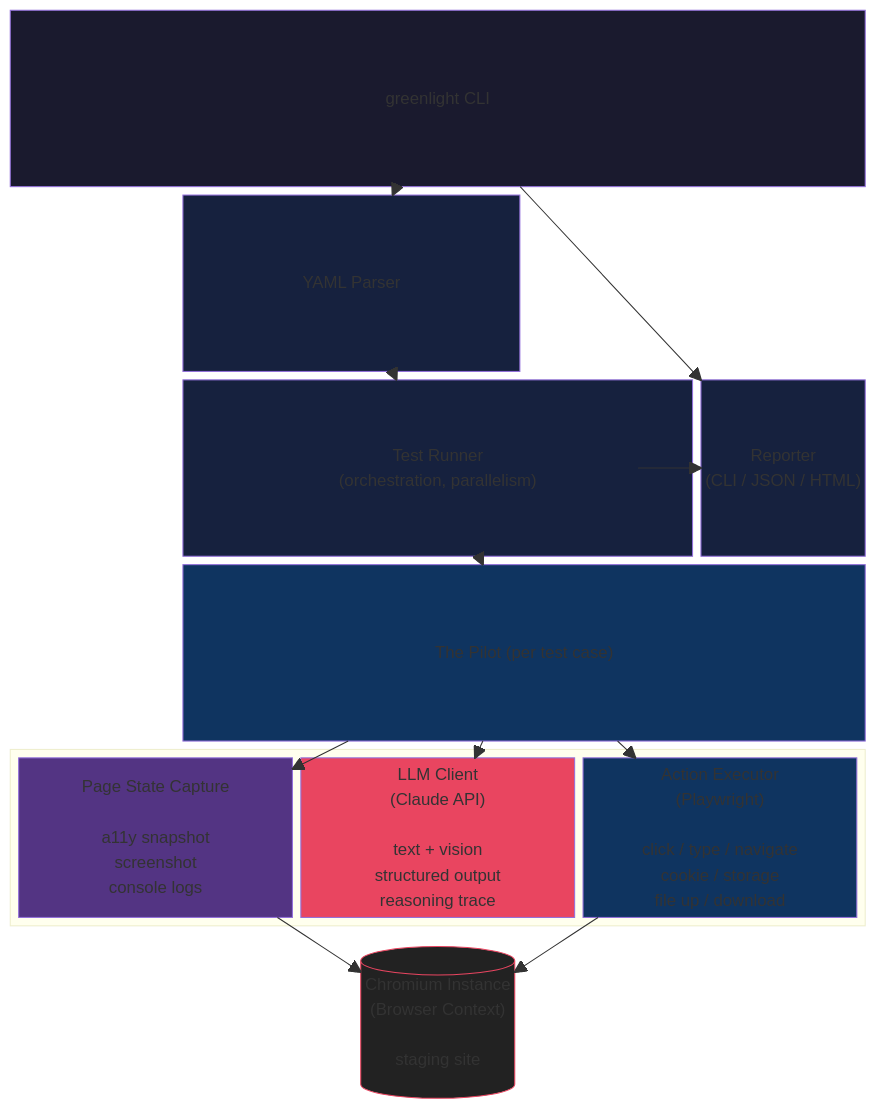
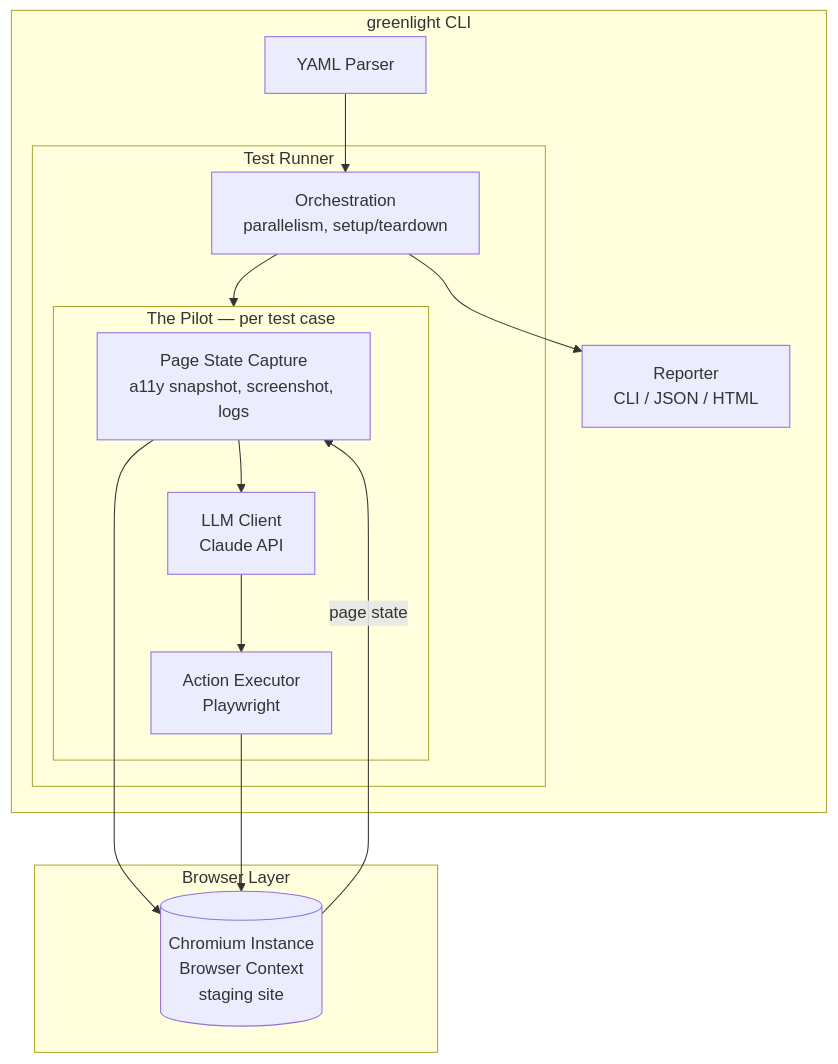
One commit to casvanluijtelaar/GreenLight changed the second of 2 diagrams in docs/specifications.md. Above: the diagram before and after it, drawn with Mermaid. The commit also changed other lines of this file and 1 other file, not shown here.

Commit message:
better diagrams

````diff
--- a/docs/specifications.md
+++ b/docs/specifications.md
@@ -417,41 +408,30 @@
 ```mermaid
-block-beta
-  columns 5
+flowchart TD
+    subgraph cli[greenlight CLI]
+        yaml[YAML Parser]
+        reporter[Reporter<br/>CLI / JSON / HTML]
 
-  cli["greenlight CLI"]:5
+        subgraph runner[Test Runner]
+            orchestrator[Orchestration<br/>parallelism, setup/teardown]
 
-  space yaml["YAML Parser"]:2 space:2
-  space runner["Test Runner\n(orchestration, parallelism)"]:3 reporter["Reporter\n(CLI / JSON / HTML)"]
+            subgraph pilot[The Pilot — per test case]
+                state[Page State Capture<br/>a11y snapshot, screenshot, logs]
+                llm[LLM Client<br/>Claude API]
+                executor[Action Executor<br/>Playwright]
+            end
+        end
+    end
 
-  space pilot["The Pilot (per test case)"]:4
+    subgraph browser[Browser Layer]
+        chromium[(Chromium Instance<br/>Browser Context<br/>staging site)]
+    end
 
-  block:pilotInternals:5
-    columns 3
-    capture["Page State Capture\n\na11y snapshot\nscreenshot\nconsole logs"]
-    llm["LLM Client\n(Claude API)\n\ntext + vision\nstructured output\nreasoning trace"]
-    executor["Action Executor\n(Playwright)\n\nclick / type / navigate\ncookie / storage\nfile up / download"]
-  end
-
-  space chromium[("Chromium Instance\n(Browser Context)\n\nstaging site")]:3 space
-
-  cli --> yaml
-  cli --> reporter
-  yaml --> runner
-  runner --> pilot
-  pilot --> capture
-  pilot --> llm
-  pilot --> executor
-  capture --> chromium
-  executor --> chromium
-  runner --> reporter
-
-  style cli fill:#1a1a2e,color:#fff
-  style runner fill:#16213e,color:#fff
-  style pilot fill:#0f3460,color:#fff
-  style capture fill:#533483,color:#fff
-  style llm fill:#e94560,color:#fff
-  style executor fill:#0f3460,color:#fff
-  style chromium fill:#222,color:#fff,stroke:#e94560
-  style yaml fill:#16213e,color:#fff
-  style reporter fill:#16213e,color:#fff
+    yaml --> orchestrator
+    orchestrator --> pilot
+    state --> llm
+    llm --> executor
+    state --> chromium
+    executor --> chromium
+    chromium -->|page state| state
+    orchestrator --> reporter
 ```
````
